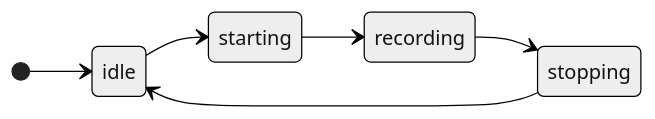
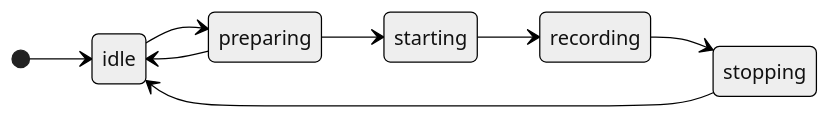
The fourth of 4 diagrams in frontend/doc/README.md (fknauf/ise-recorder), drawn with Mermaid (neutral theme) before and after one commit. The commit also changed other lines of this file and 18 other files, not shown here.

````diff
--- a/frontend/doc/README.md
+++ b/frontend/doc/README.md
@@ -306,9 +324,11 @@
 ```mermaid
 stateDiagram-v2
 direction LR
 [*] --> idle
-idle --> starting
+idle --> preparing
+preparing --> starting
+preparing --> idle
 starting --> recording
 recording --> stopping
 stopping --> idle
 ```
````
